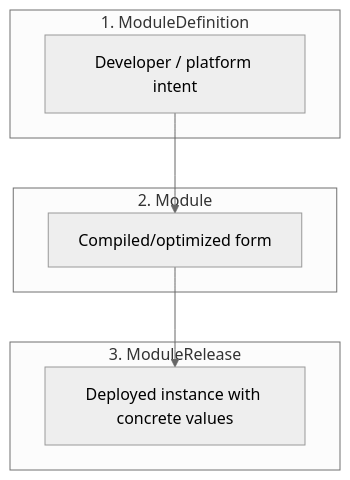
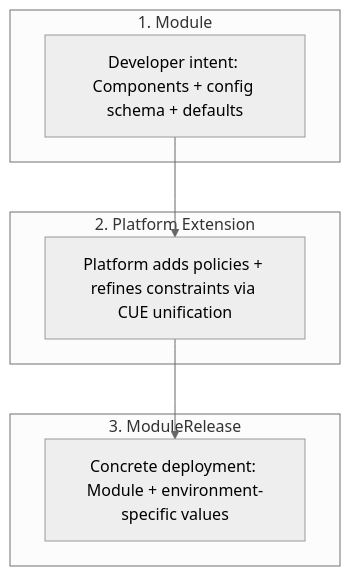
One commit to open-platform-model/catalog changed the diagram in README.md. Above: the diagram before and after it, drawn with Mermaid (neutral theme). The commit also changed other lines of this file, not shown here.

````diff
--- a/README.md
+++ b/README.md
@@ -173,17 +39,17 @@
 ```mermaid
 graph TB
 
-subgraph "1. ModuleDefinition"
-  MD[Developer / platform intent]
+subgraph "1. Module"
+  MD[Developer intent: Components + config schema + defaults]
 end
 
-subgraph "2. Module"
-  MOD[Compiled/optimized form]
+subgraph "2. Platform Extension"
+  MOD[Platform adds policies + refines constraints via CUE unification]
 end
 
 subgraph "3. ModuleRelease"
-  MR[Deployed instance with concrete values]
+  MR[Concrete deployment: Module + environment-specific values]
 end
 
 MD --> MOD --> MR
 ```
````
